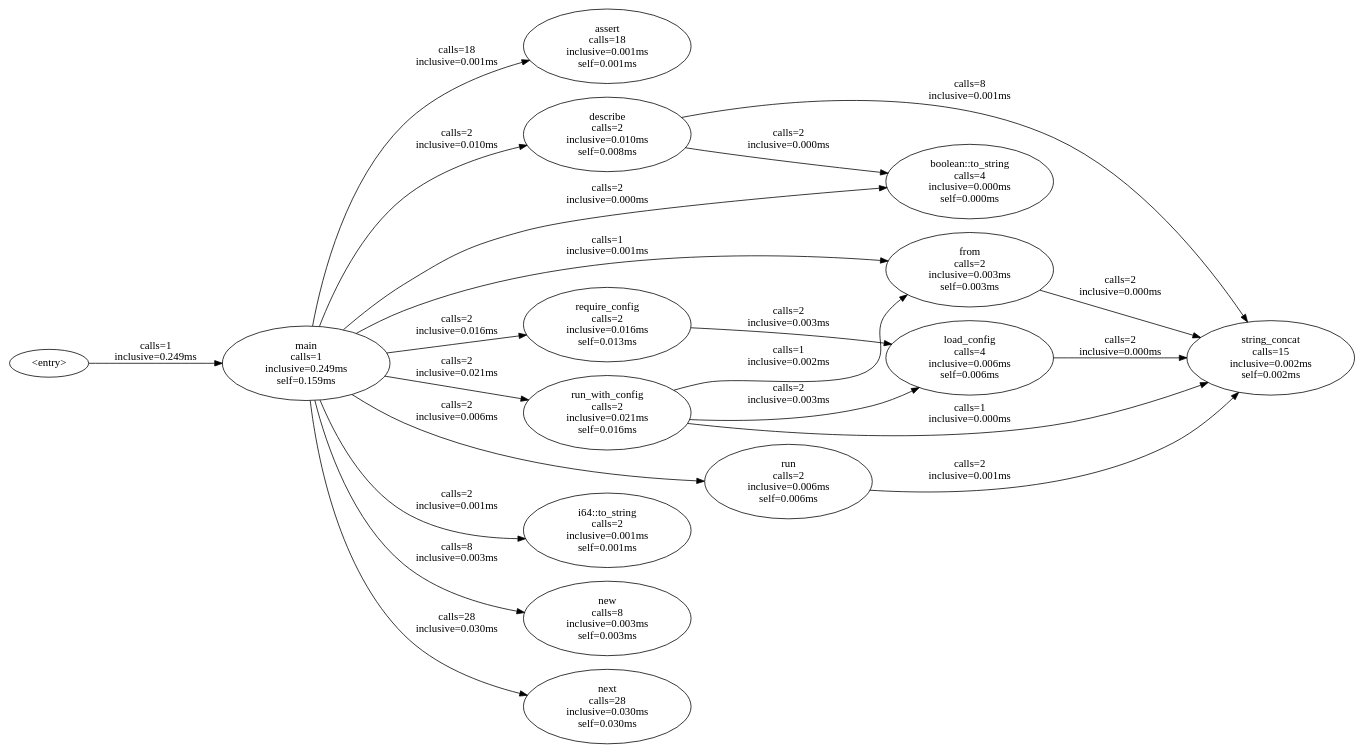
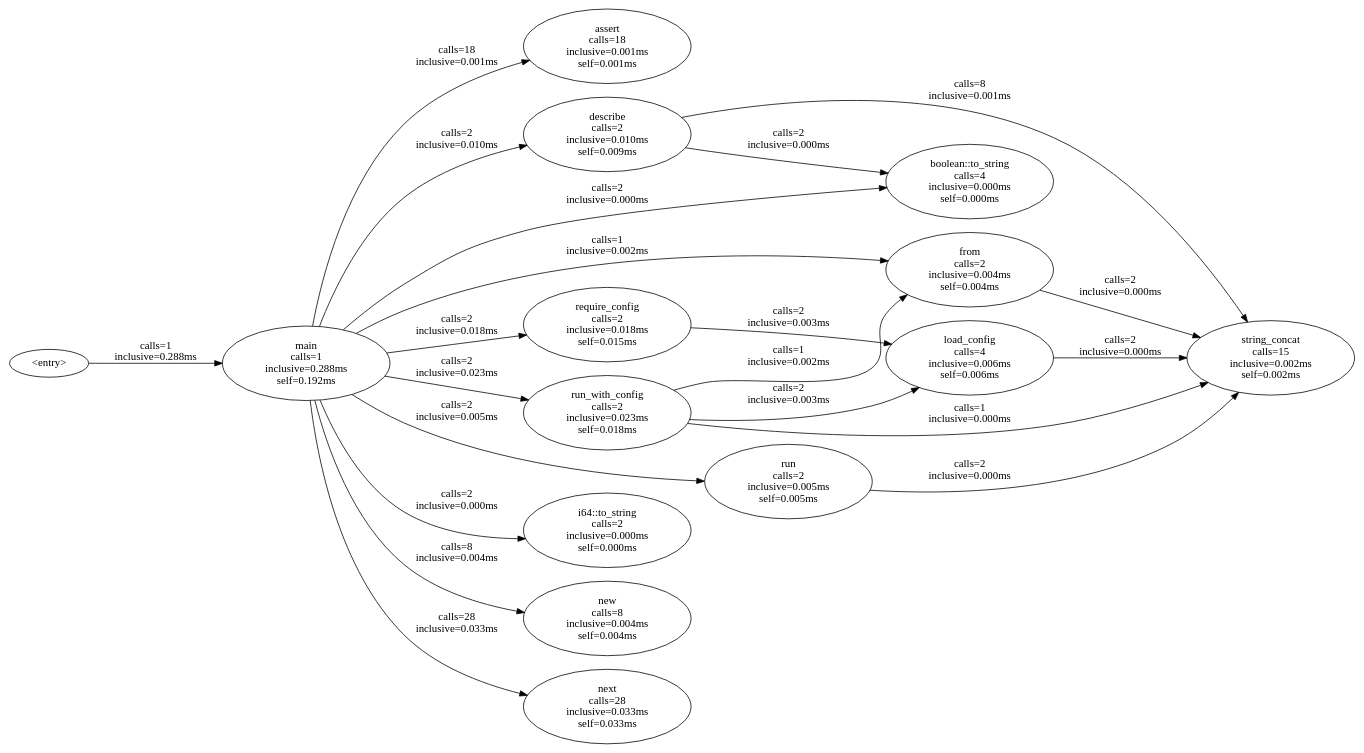
The diagram in metel-interpreter/docs/benchmarks/v0.8.2-evaluator-integration/int_05_aspects_combined.mtl.callgraph.dot (gust-lang/gust), drawn with Graphviz before and after one commit. The commit also changed 30 other files, not shown here.

```diff
--- a/metel-interpreter/docs/benchmarks/v0.8.2-evaluator-integration/int_05_aspects_combined.mtl.callgraph.dot
+++ b/metel-interpreter/docs/benchmarks/v0.8.2-evaluator-integration/int_05_aspects_combined.mtl.callgraph.dot
@@ -1,36 +1,36 @@
 digraph metel_callgraph {
   rankdir=LR;
   "assert" [label="assert\ncalls=18\ninclusive=0.001ms\nself=0.001ms"];
   "boolean::to_string" [label="boolean::to_string\ncalls=4\ninclusive=0.000ms\nself=0.000ms"];
-  "describe" [label="describe\ncalls=2\ninclusive=0.010ms\nself=0.008ms"];
-  "from" [label="from\ncalls=2\ninclusive=0.003ms\nself=0.003ms"];
-  "i64::to_string" [label="i64::to_string\ncalls=2\ninclusive=0.001ms\nself=0.001ms"];
+  "describe" [label="describe\ncalls=2\ninclusive=0.010ms\nself=0.009ms"];
+  "from" [label="from\ncalls=2\ninclusive=0.004ms\nself=0.004ms"];
+  "i64::to_string" [label="i64::to_string\ncalls=2\ninclusive=0.000ms\nself=0.000ms"];
   "load_config" [label="load_config\ncalls=4\ninclusive=0.006ms\nself=0.006ms"];
-  "main" [label="main\ncalls=1\ninclusive=0.249ms\nself=0.159ms"];
-  "new" [label="new\ncalls=8\ninclusive=0.003ms\nself=0.003ms"];
-  "next" [label="next\ncalls=28\ninclusive=0.030ms\nself=0.030ms"];
-  "require_config" [label="require_config\ncalls=2\ninclusive=0.016ms\nself=0.013ms"];
-  "run" [label="run\ncalls=2\ninclusive=0.006ms\nself=0.006ms"];
-  "run_with_config" [label="run_with_config\ncalls=2\ninclusive=0.021ms\nself=0.016ms"];
+  "main" [label="main\ncalls=1\ninclusive=0.288ms\nself=0.192ms"];
+  "new" [label="new\ncalls=8\ninclusive=0.004ms\nself=0.004ms"];
+  "next" [label="next\ncalls=28\ninclusive=0.033ms\nself=0.033ms"];
+  "require_config" [label="require_config\ncalls=2\ninclusive=0.018ms\nself=0.015ms"];
+  "run" [label="run\ncalls=2\ninclusive=0.005ms\nself=0.005ms"];
+  "run_with_config" [label="run_with_config\ncalls=2\ninclusive=0.023ms\nself=0.018ms"];
   "string_concat" [label="string_concat\ncalls=15\ninclusive=0.002ms\nself=0.002ms"];
-  "<entry>" -> "main" [label="calls=1\ninclusive=0.249ms"];
+  "<entry>" -> "main" [label="calls=1\ninclusive=0.288ms"];
   "describe" -> "boolean::to_string" [label="calls=2\ninclusive=0.000ms"];
   "describe" -> "string_concat" [label="calls=8\ninclusive=0.001ms"];
   "from" -> "string_concat" [label="calls=2\ninclusive=0.000ms"];
   "load_config" -> "string_concat" [label="calls=2\ninclusive=0.000ms"];
   "main" -> "assert" [label="calls=18\ninclusive=0.001ms"];
   "main" -> "boolean::to_string" [label="calls=2\ninclusive=0.000ms"];
   "main" -> "describe" [label="calls=2\ninclusive=0.010ms"];
-  "main" -> "from" [label="calls=1\ninclusive=0.001ms"];
-  "main" -> "i64::to_string" [label="calls=2\ninclusive=0.001ms"];
-  "main" -> "new" [label="calls=8\ninclusive=0.003ms"];
-  "main" -> "next" [label="calls=28\ninclusive=0.030ms"];
-  "main" -> "require_config" [label="calls=2\ninclusive=0.016ms"];
-  "main" -> "run" [label="calls=2\ninclusive=0.006ms"];
-  "main" -> "run_with_config" [label="calls=2\ninclusive=0.021ms"];
+  "main" -> "from" [label="calls=1\ninclusive=0.002ms"];
+  "main" -> "i64::to_string" [label="calls=2\ninclusive=0.000ms"];
+  "main" -> "new" [label="calls=8\ninclusive=0.004ms"];
+  "main" -> "next" [label="calls=28\ninclusive=0.033ms"];
+  "main" -> "require_config" [label="calls=2\ninclusive=0.018ms"];
+  "main" -> "run" [label="calls=2\ninclusive=0.005ms"];
+  "main" -> "run_with_config" [label="calls=2\ninclusive=0.023ms"];
   "require_config" -> "load_config" [label="calls=2\ninclusive=0.003ms"];
-  "run" -> "string_concat" [label="calls=2\ninclusive=0.001ms"];
+  "run" -> "string_concat" [label="calls=2\ninclusive=0.000ms"];
   "run_with_config" -> "from" [label="calls=1\ninclusive=0.002ms"];
   "run_with_config" -> "load_config" [label="calls=2\ninclusive=0.003ms"];
   "run_with_config" -> "string_concat" [label="calls=1\ninclusive=0.000ms"];
 }
```
